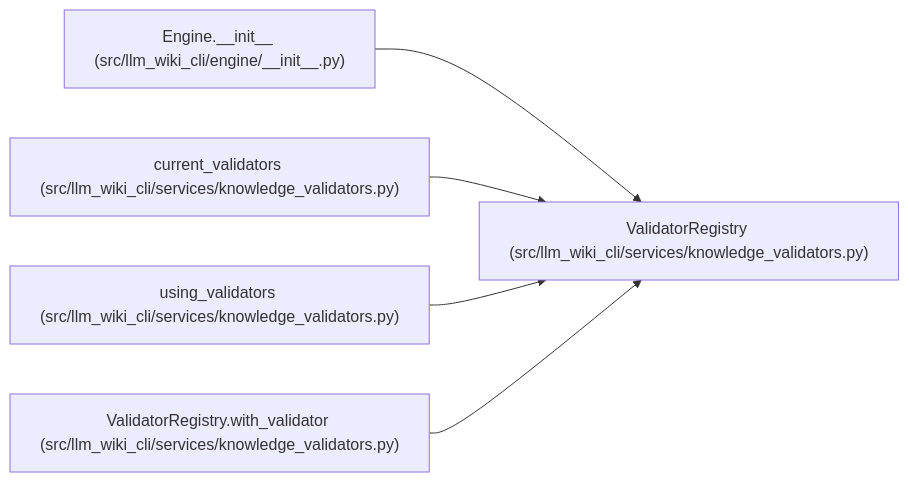
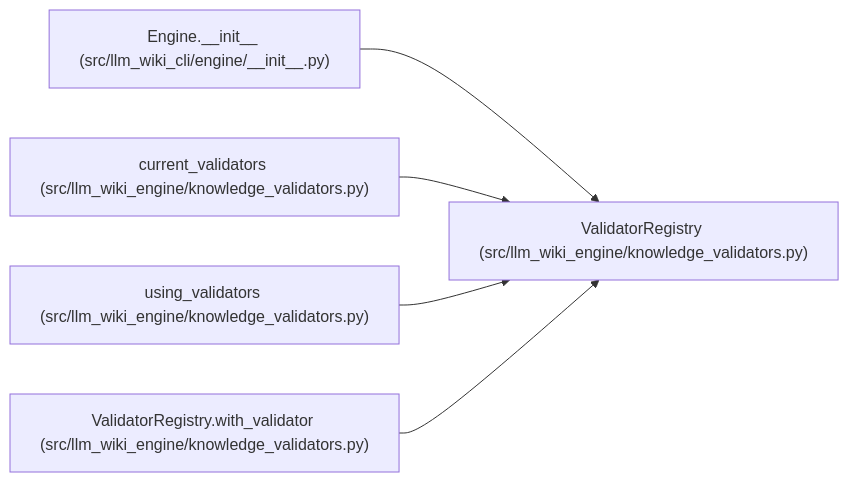
One commit to Denissvgn/python-wiki-llm changed the diagram in docs/llm_wiki/entities/ValidatorRegistry.md. Above: the diagram before and after it, drawn with Mermaid. The commit also changed other lines of this file and 1058 other files, not shown here.

First line of the commit message:
docs: refresh the wiki for the knowledge store move

````diff
--- a/docs/llm_wiki/entities/ValidatorRegistry.md
+++ b/docs/llm_wiki/entities/ValidatorRegistry.md
@@ -35,17 +35,17 @@
 ```mermaid
 flowchart LR
-    n0["ValidatorRegistry (src/llm_wiki_cli/services/knowledge_validators.py)"]
+    n0["ValidatorRegistry (src/llm_wiki_engine/knowledge_validators.py)"]
     n1["Engine.__init__ (src/llm_wiki_cli/engine/__init__.py)"]
-    n2["current_validators (src/llm_wiki_cli/services/knowledge_validators.py)"]
-    n3["using_validators (src/llm_wiki_cli/services/knowledge_validators.py)"]
-    n4["ValidatorRegistry.with_validator (src/llm_wiki_cli/services/knowledge_validators.py)"]
+    n2["current_validators (src/llm_wiki_engine/knowledge_validators.py)"]
+    n3["using_validators (src/llm_wiki_engine/knowledge_validators.py)"]
+    n4["ValidatorRegistry.with_validator (src/llm_wiki_engine/knowledge_validators.py)"]
     n1 --> n0
     n2 --> n0
     n3 --> n0
     n4 --> n0
     click n0 "../modules/knowledge_validators.md"
     click n1 "../modules/engine___init__.md"
     click n2 "../modules/knowledge_validators.md"
     click n3 "../modules/knowledge_validators.md"
     click n4 "../modules/knowledge_validators.md"
 ```
````
